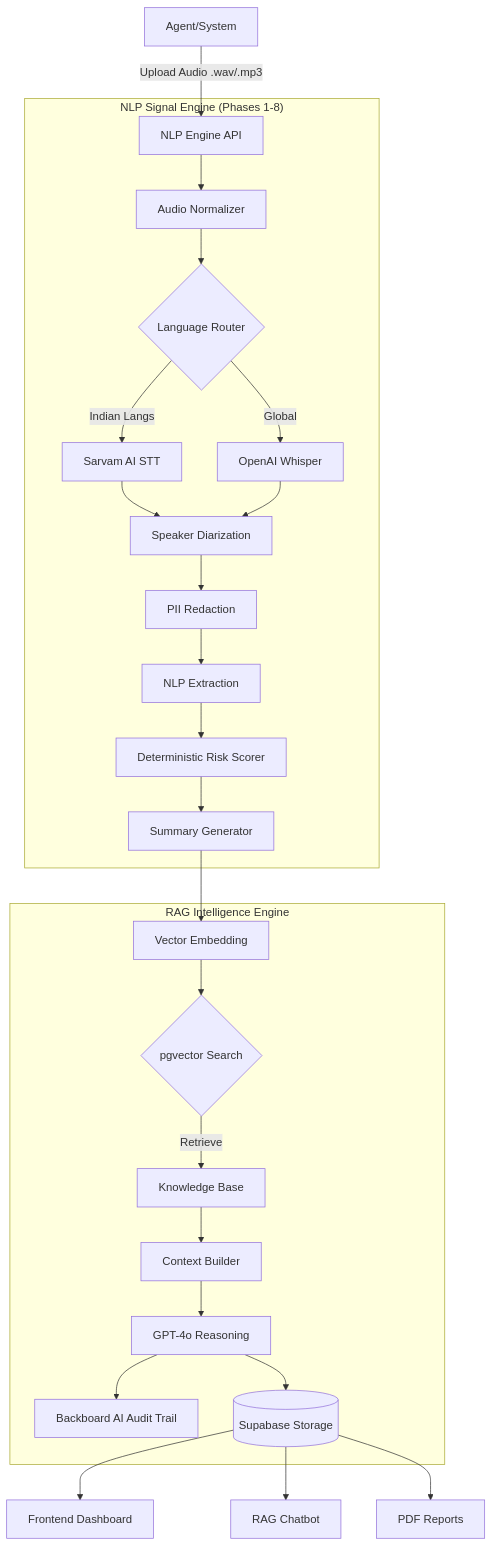
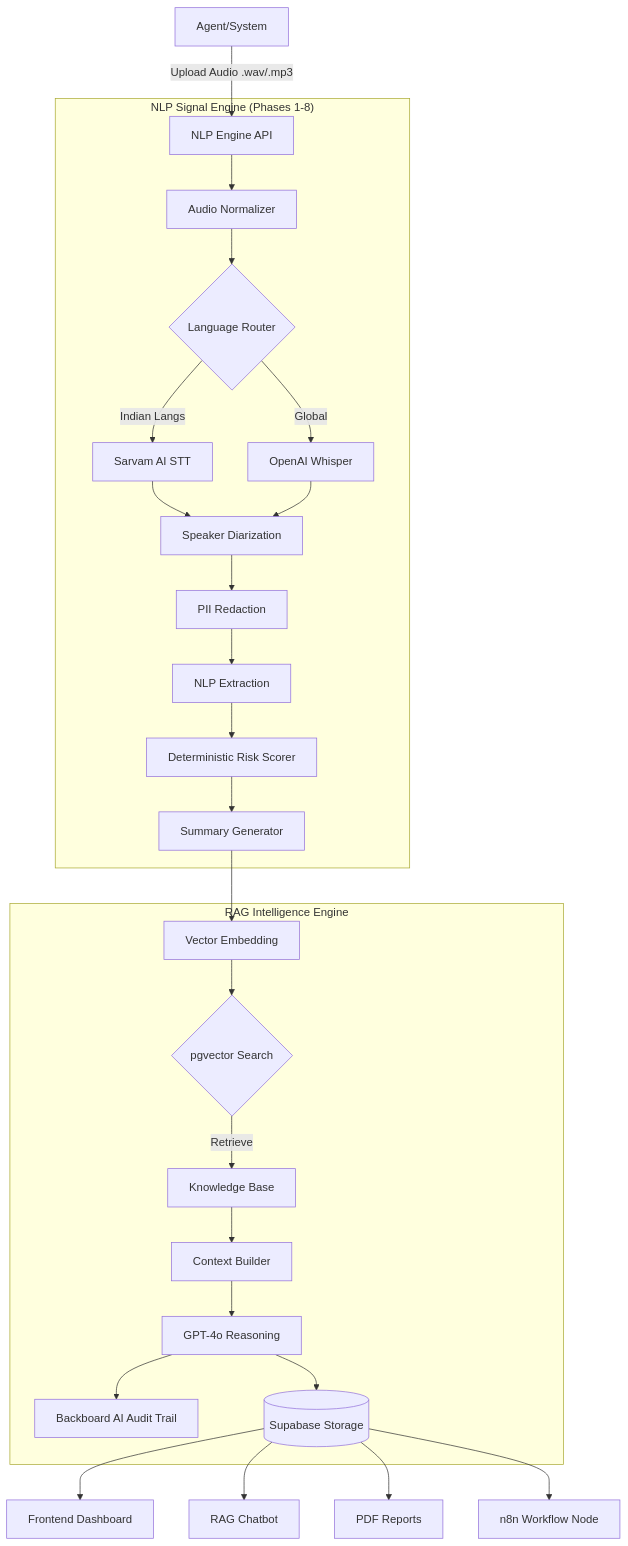
The diagram in README.md (AaryanCode69/VoiceOps-NLP), drawn with Mermaid before and after one commit. The commit also changed other lines of this file, not shown here.

````diff
--- a/README.md
+++ b/README.md
@@ -38,31 +91,32 @@
 ```mermaid
 graph TD
     User[Agent/System] -->|Upload Audio .wav/.mp3| API[NLP Engine API]
     
     subgraph "NLP Signal Engine (Phases 1-8)"
         API --> Norm[Audio Normalizer]
         Norm --> Route{Language Router}
         Route -->|Indian Langs| Sarvam[Sarvam AI STT]
         Route -->|Global| Whisper[OpenAI Whisper]
         Sarvam & Whisper --> Diar[Speaker Diarization]
         Diar --> PII[PII Redaction]
         PII --> NLP[NLP Extraction]
         NLP --> Risk[Deterministic Risk Scorer]
         Risk --> Sum[Summary Generator]
     end
     
     subgraph "RAG Intelligence Engine"
         Sum --> Vector[Vector Embedding]
         Vector --> Search{pgvector Search}
         Search -->|Retrieve| KB[Knowledge Base]
         KB --> Context[Context Builder]
         Context --> LLM[GPT-4o Reasoning]
         LLM --> Audit[Backboard AI Audit Trail]
         LLM --> DB[(Supabase Storage)]
     end
     
     DB --> Dashboard[Frontend Dashboard]
     DB --> Chat[RAG Chatbot]
     DB --> PDF[PDF Reports]
+    DB --> n8n[n8n Workflow Node]
 
 ```
````
